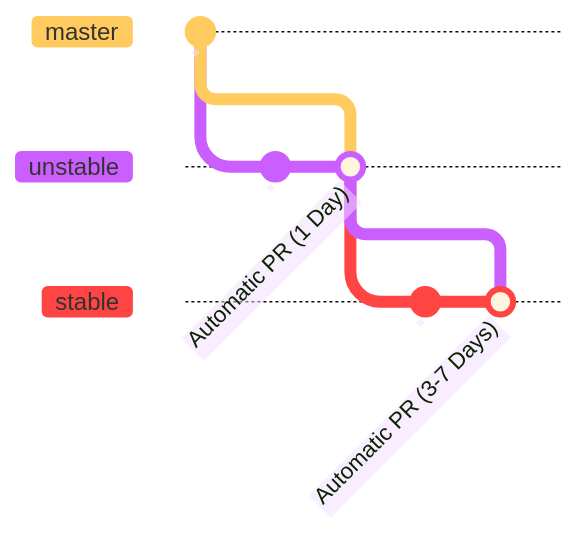
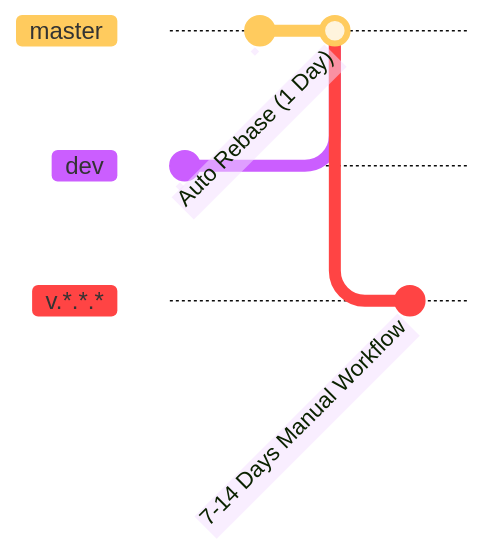
The diagram in README.md (TeaClientMC/registry), drawn with Mermaid before and after one commit. The commit also changed other lines of this file, not shown here.

````diff
--- a/README.md
+++ b/README.md
@@ -6,27 +6,28 @@
 ```mermaid
 %%{init: {
     'theme': 'base',
     'themeVariables': {
         'gitInv0': '#ff0000',
         'gitInv1': '#ff0000',
         'git2': '#ff4444',
         'commitLabelFontSize': '15px'
     },
     'gitGraph': {
         'showCommitLabel':true,
         'mainBranchName': 'master',
         'rotateCommitLabel': true
     }
 } }%%
 gitGraph
-    commit id: " "
-    branch unstable 
-    checkout unstable
-    commit id:"   "
-    merge master id:"Automatic PR (1 Day)"
-    branch stable
-    checkout stable
+    branch dev
+    checkout dev
     commit id: "  "
-    merge unstable id:"Automatic PR (3-7 Days)"
+
     checkout master
+    commit id: "   "
+    merge dev id: "Auto Rebase (1 Day)"
+    
+    branch "v.*.*.*"
+    checkout "v.*.*.*"
+    commit id: "7-14 Days Manual Workflow"
 ```
````
